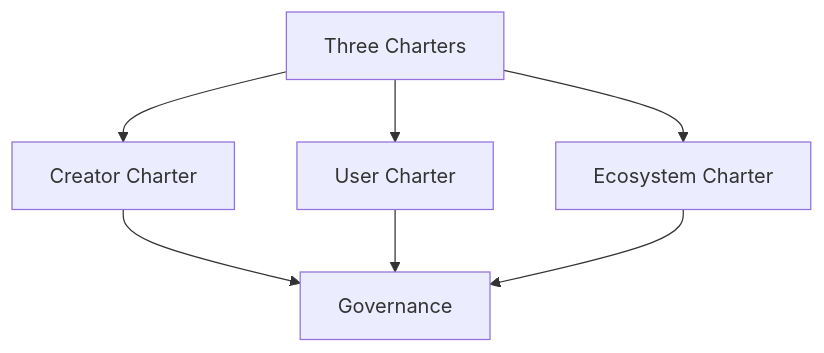
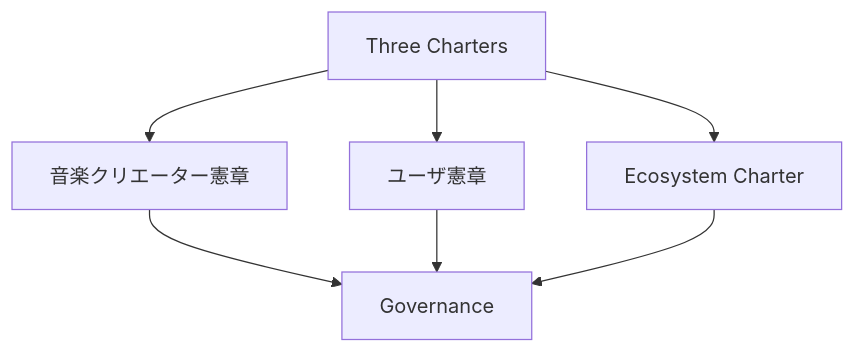
The sixth of 47 diagrams in docs/whitepaper/13-roadmap.md (ShigeichiroYamasaki/creator-first-platform), drawn with Mermaid before and after one commit. The commit also changed other lines of this file and 67 other files, not shown here.

````diff
--- a/docs/whitepaper/13-roadmap.md
+++ b/docs/whitepaper/13-roadmap.md
@@ -166,12 +166,12 @@
 ```mermaid
 flowchart TD
     CHARTER[Three Charters]
 
-    CHARTER --> CC[Creator Charter]
-    CHARTER --> UC[User Charter]
+    CHARTER --> CC[音楽クリエーター憲章]
+    CHARTER --> UC[ユーザ憲章]
     CHARTER --> EC[Ecosystem Charter]
 
     CC --> GOV[Governance]
     UC --> GOV
     EC --> GOV
 ```
````
